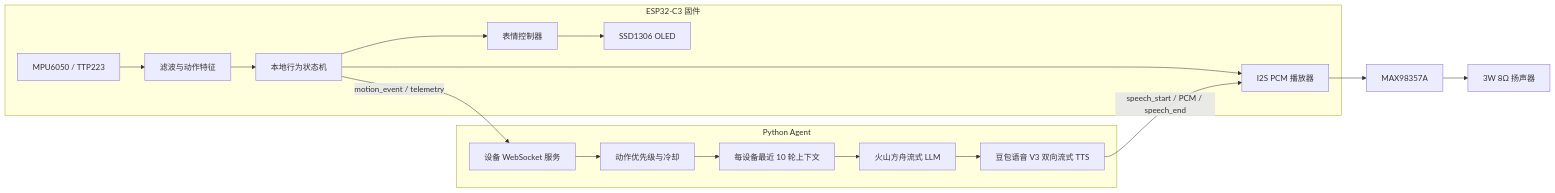
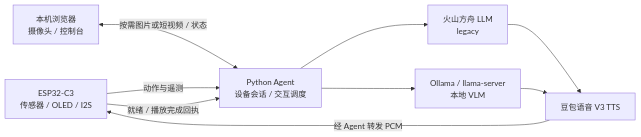
Before and after one commit to RyzeAngler/mimi: the diagram in README.md, drawn with Mermaid. The commit also changed other lines of this file and 65 other files, not shown here.

````diff
--- a/README.md
+++ b/README.md
@@ -33,27 +30,17 @@
 ```mermaid
 flowchart LR
-    subgraph device[ESP32-C3 固件]
-        sensors[MPU6050 / TTP223]
-        motion[滤波与动作特征]
-        behavior[本地行为状态机]
-        expression[表情控制器]
-        display[SSD1306 OLED]
-        audio[I2S PCM 播放器]
-        sensors --> motion --> behavior
-        behavior --> expression --> display
-        behavior --> audio
-    end
-
-    subgraph agent[Python Agent]
-        server[设备 WebSocket 服务]
-        policy[动作优先级与冷却]
-        history[每设备最近 10 轮上下文]
-        llm[火山方舟流式 LLM]
-        tts[豆包语音 V3 双向流式 TTS]
-        server --> policy --> history --> llm --> tts
-    end
-
-    behavior -->|motion_event / telemetry| server
-    tts -->|speech_start / PCM / speech_end| audio
-    audio --> amplifier[MAX98357A] --> speaker[3W 8Ω 扬声器]
+    device[ESP32-C3<br/>传感器 / OLED / I2S]
+    browser[本机浏览器<br/>摄像头 / 控制台]
+    agent[Python Agent<br/>设备会话 / 交互调度]
+    ark[火山方舟 LLM<br/>legacy]
+    vlm[Ollama / llama-server<br/>本地 VLM]
+    tts[豆包语音 V3 TTS]
+    device -->|动作与遥测| agent
+    browser <-->|按需图片或短视频 / 状态| agent
+    agent --> ark
+    agent --> vlm
+    ark --> tts
+    vlm --> tts
+    tts -->|经 Agent 转发 PCM| device
+    device -->|就绪 / 播放完成回执| agent
 ```
````
